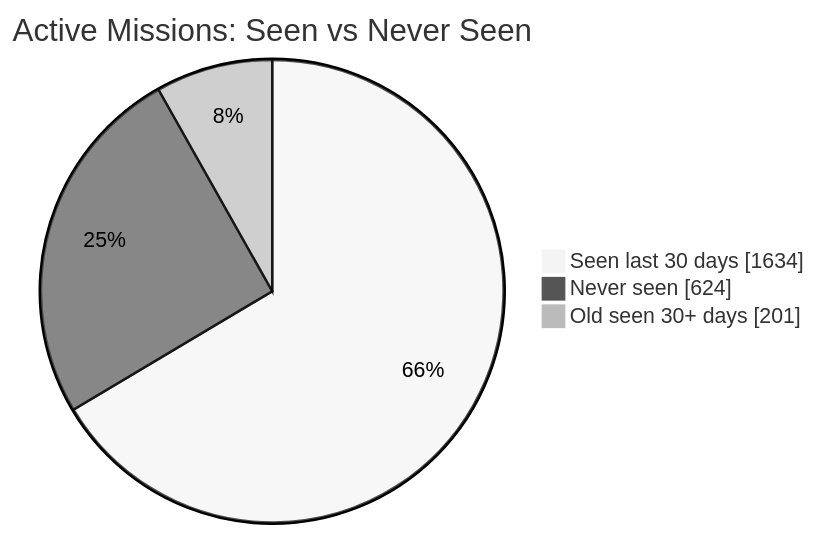
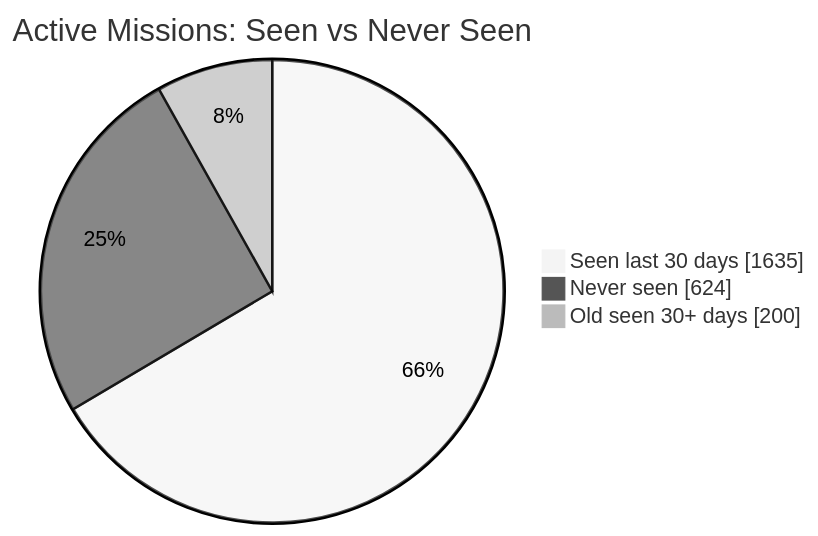
One commit to MeldkamerspelGameTeam/active-missions changed the first of 2 diagrams in README.md. Above: the diagram before and after it, drawn with Mermaid (neutral theme). The commit also changed other lines of this file and 2 other files, not shown here.

````diff
--- a/README.md
+++ b/README.md
@@ -34,7 +34,7 @@
 ```mermaid
 pie showData
     title Active Missions: Seen vs Never Seen
-    "Seen last 30 days" : 1634
+    "Seen last 30 days" : 1635
     "Never seen" : 624
-    "Old seen 30+ days" : 201
+    "Old seen 30+ days" : 200
 ```
````
